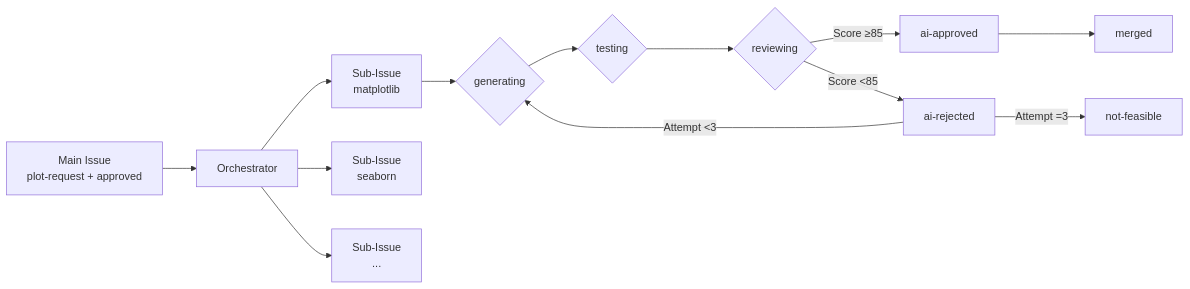
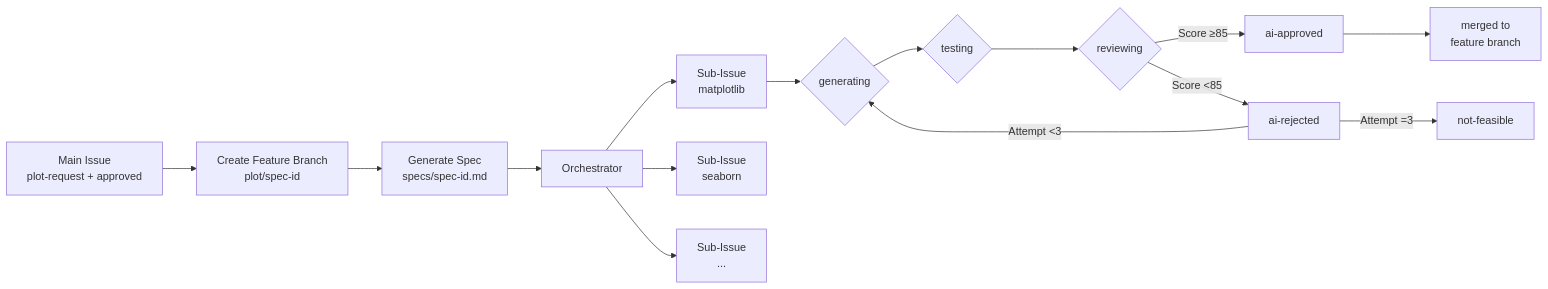
Before and after one commit to MarkusNeusinger/pyplots: the second of 3 diagrams in docs/workflow.md, drawn with Mermaid. The commit also changed other lines of this file and 7 other files, not shown here.

First line of the commit message:
feat(workflows): enhance feature branch handling and auto-merge process

````diff
--- a/docs/workflow.md
+++ b/docs/workflow.md
@@ -156,16 +194,18 @@
 ```mermaid
 graph LR
-    A[Main Issue<br/>plot-request + approved] --> B[Orchestrator]
+    A[Main Issue<br/>plot-request + approved] --> A1[Create Feature Branch<br/>plot/spec-id]
+    A1 --> A2[Generate Spec<br/>specs/spec-id.md]
+    A2 --> B[Orchestrator]
     B --> C1[Sub-Issue<br/>matplotlib]
     B --> C2[Sub-Issue<br/>seaborn]
     B --> C3[Sub-Issue<br/>...]
 
     C1 --> D1{generating}
     D1 --> E1{testing}
     E1 --> F1{reviewing}
     F1 -->|Score ≥85| G1[ai-approved]
     F1 -->|Score <85| H1[ai-rejected]
     H1 -->|Attempt <3| D1
     H1 -->|Attempt =3| I1[not-feasible]
-    G1 --> J1[merged]
+    G1 --> J1[merged to<br/>feature branch]
 ```
````
